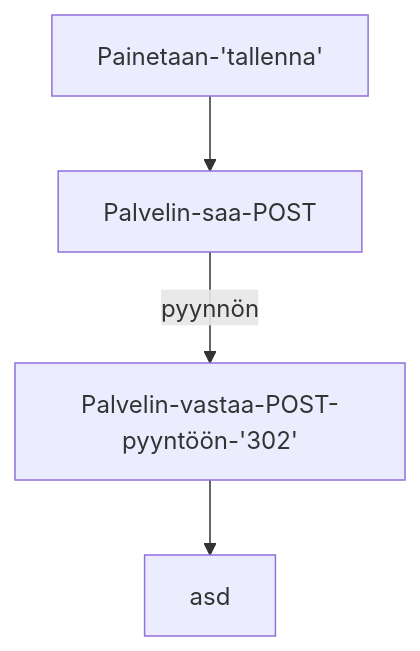
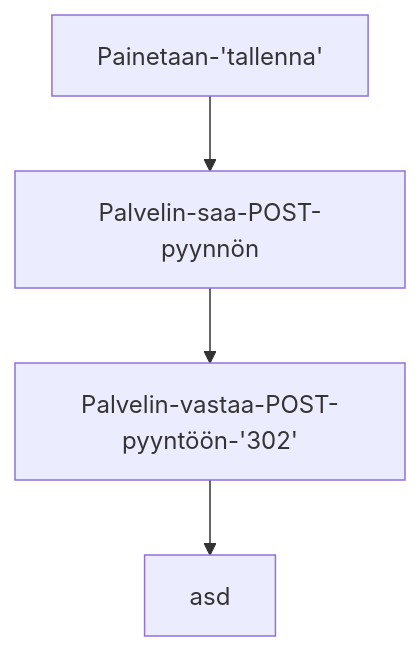
The diagram in 0.4.md (PasiParviainen/Fullstackosa0), drawn with Mermaid before and after one commit.

````diff
--- a/0.4.md
+++ b/0.4.md
@@ -1,7 +1,7 @@
 ```mermaid
 graph TD;
   Painetaan-'tallenna'-->
-  Palvelin-saa-POST--pyynnön-->
+  Palvelin-saa-POST-pyynnön-->
   Palvelin-vastaa-POST-pyyntöön-'302'-->
   asd;
 ```
````
